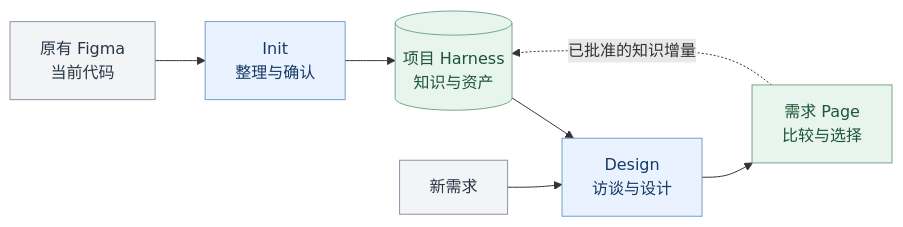
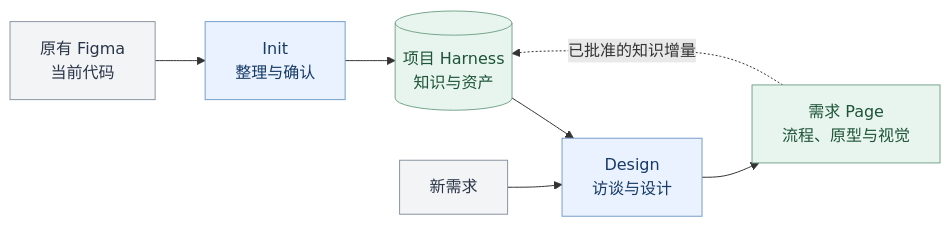
One commit to MinLeeV5/design-harness changed the first of 5 diagrams in README.md. Above: the diagram before and after it, drawn with Mermaid. The commit also changed other lines of this file and 44 other files, not shown here.

First line of the commit message:
feat: prioritize main-flow prototypes and Library reuse

````diff
--- a/README.md
+++ b/README.md
@@ -9,16 +9,16 @@
 ```mermaid
 flowchart LR
     baseline["原有 Figma<br/>当前代码"] --> init["Init<br/>整理与确认"]
     init --> harness[("项目 Harness<br/>知识与资产")]
     harness --> design["Design<br/>访谈与设计"]
     request["新需求"] --> design
-    design --> proposals["需求 Page<br/>比较与选择"]
+    design --> proposals["需求 Page<br/>流程、原型与视觉"]
     proposals -.->|已批准的知识增量| harness
 
     classDef input fill:#F3F4F6,stroke:#8B95A4,color:#293547
     classDef action fill:#EAF2FF,stroke:#779EC8,color:#153A66
     classDef asset fill:#E7F5EE,stroke:#77A68C,color:#1E5437
     class baseline,request input
     class init,design action
     class harness,proposals asset
 ```
````
